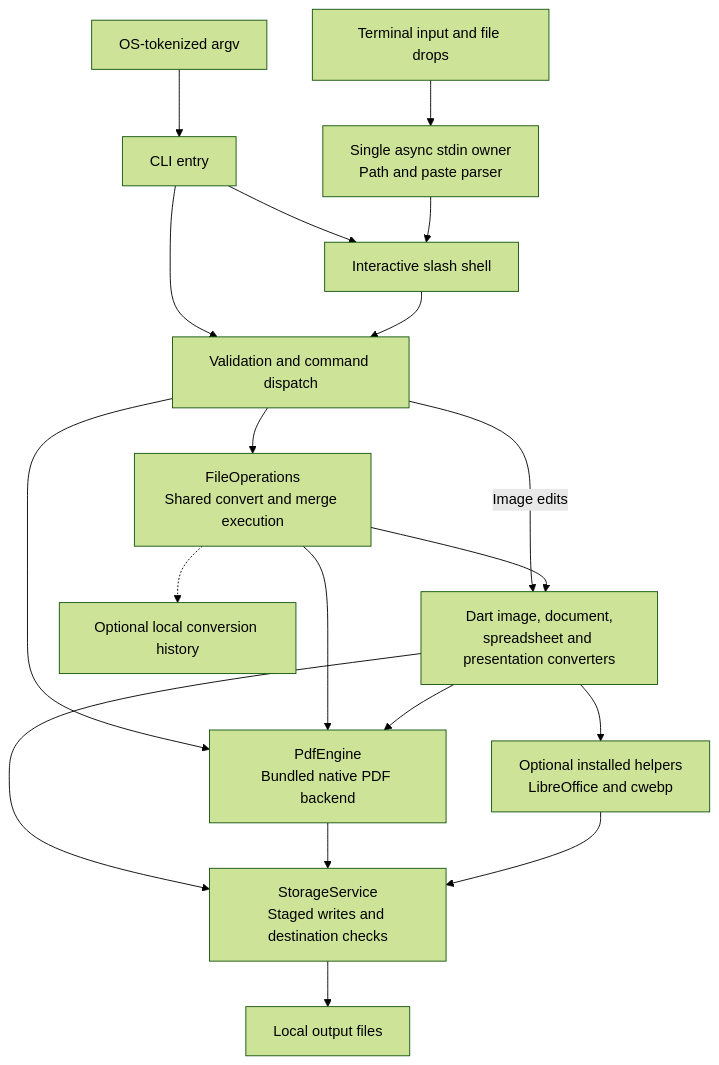
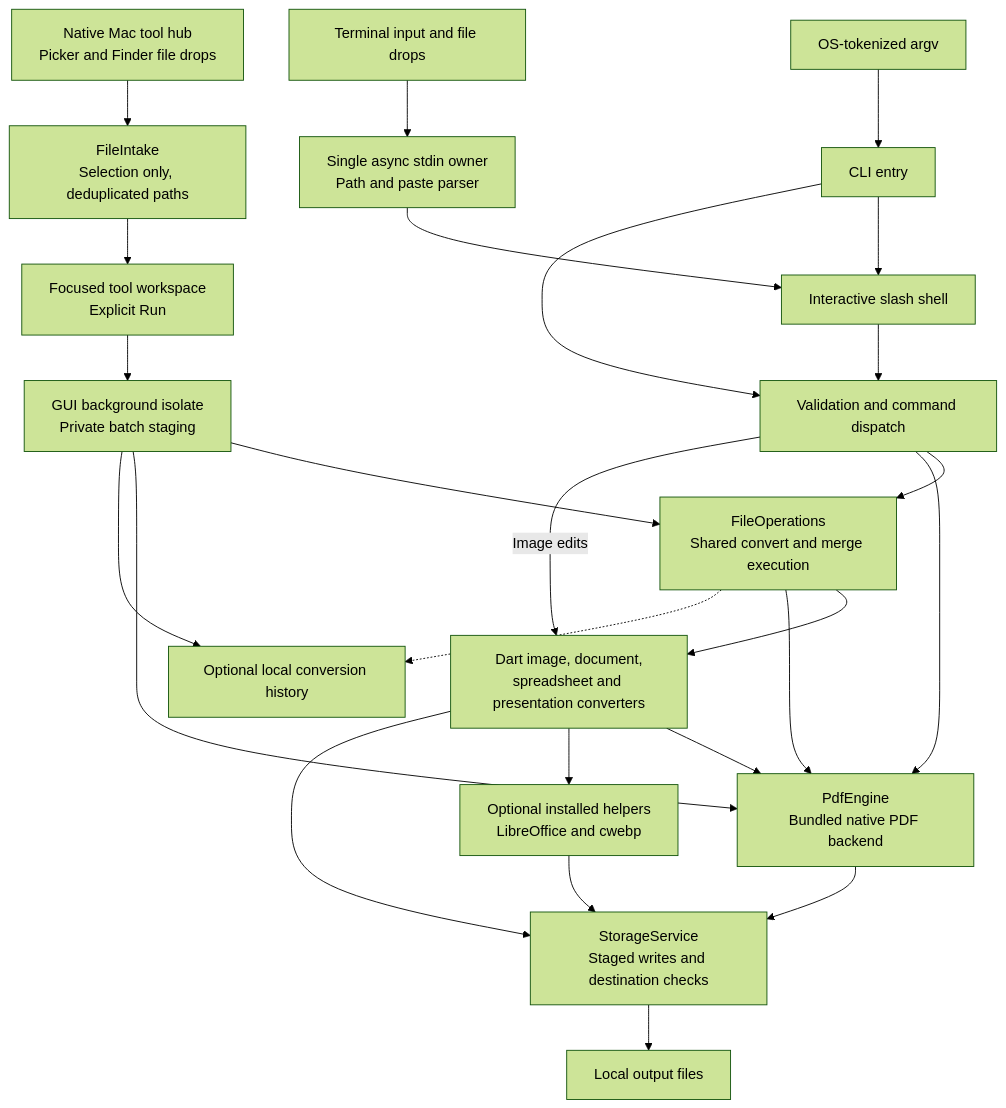
Before and after one commit to debugonaut/converto: the diagram in README.md, drawn with Mermaid (forest theme). The commit also changed other lines of this file and 15 other files, not shown here.

Commit message:
Harden Mac drop handling, large result views, and batch history

````diff
--- a/README.md
+++ b/README.md
@@ -226,21 +226,27 @@
 ```mermaid
 flowchart TD
+    App["Native Mac tool hub<br/>Picker and Finder file drops"] --> Intake["FileIntake<br/>Selection only, deduplicated paths"]
+    Intake --> Workspace["Focused tool workspace<br/>Explicit Run"]
+    Workspace --> Worker["GUI background isolate<br/>Private batch staging"]
+    Worker --> Operations
+    Worker --> PDF
+    Worker --> History
     Argv["OS-tokenized argv"] --> Entry["CLI entry"]
     Terminal["Terminal input and file drops"] --> Input["Single async stdin owner<br/>Path and paste parser"]
     Entry --> Shell["Interactive slash shell"]
     Input --> Shell
     Entry --> Dispatch["Validation and command dispatch"]
     Shell --> Dispatch
     Dispatch --> Operations["FileOperations<br/>Shared convert and merge execution"]
     Dispatch --> PDF["PdfEngine<br/>Bundled native PDF backend"]
     Dispatch -->|Image edits| Converters
     Operations --> Converters["Dart image, document,<br/>spreadsheet and presentation converters"]
     Operations --> PDF
     Converters --> PDF
     Converters --> Helpers["Optional installed helpers<br/>LibreOffice and cwebp"]
     Converters --> Storage["StorageService<br/>Staged writes and destination checks"]
     PDF --> Storage
     Helpers --> Storage
     Storage --> Output["Local output files"]
     Operations -.-> History["Optional local conversion history"]
 ```
````
